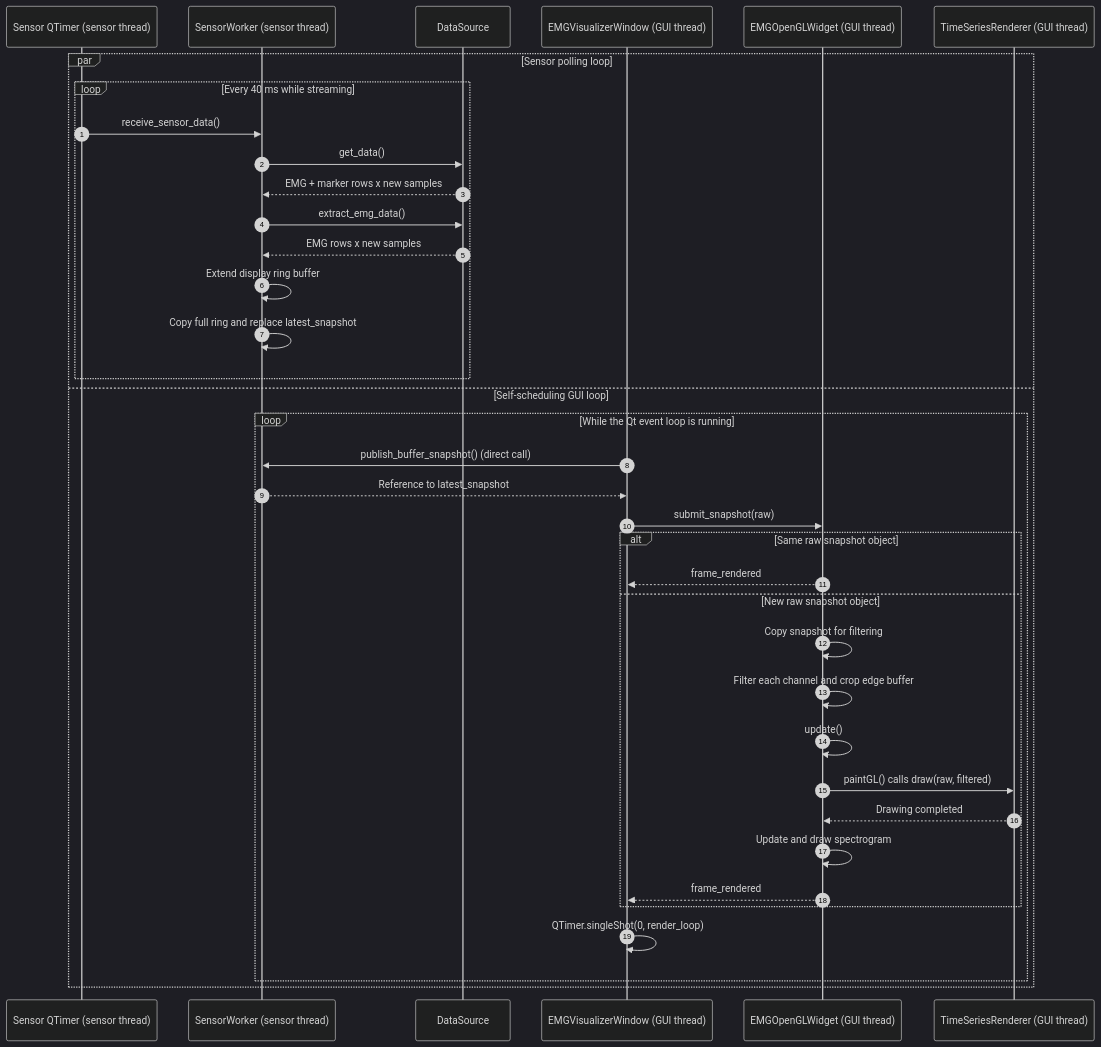
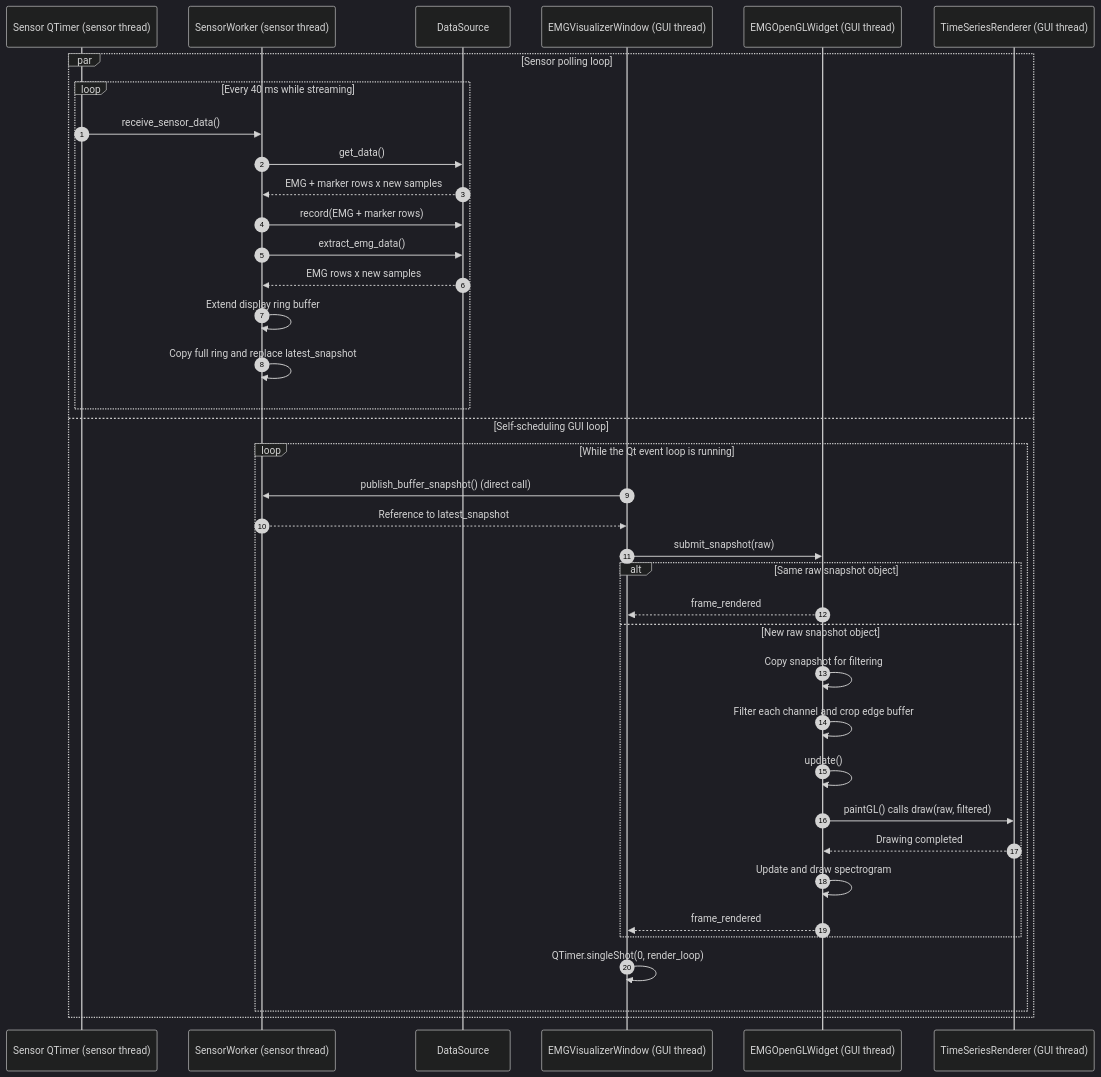
Before and after one commit to pareeknikhil/emg-gui: the third of 4 diagrams in docs/architecture.md, drawn with Mermaid (dark theme). The commit also changed other lines of this file and 3 other files, not shown here.

Commit message:
docs: update architecture notes and lint cleanup

````diff
--- a/docs/architecture.md
+++ b/docs/architecture.md
@@ -248,40 +255,41 @@
 ```mermaid
 sequenceDiagram
     autonumber
     participant Timer as Sensor QTimer (sensor thread)
     participant Worker as SensorWorker (sensor thread)
     participant Source as DataSource
     participant Window as EMGVisualizerWindow (GUI thread)
     participant GL as EMGOpenGLWidget (GUI thread)
     participant Renderer as TimeSeriesRenderer (GUI thread)
 
     par Sensor polling loop
         loop Every 40 ms while streaming
             Timer->>Worker: receive_sensor_data()
             Worker->>Source: get_data()
             Source-->>Worker: EMG + marker rows x new samples
+            Worker->>Source: record(EMG + marker rows)
             Worker->>Source: extract_emg_data()
             Source-->>Worker: EMG rows x new samples
             Worker->>Worker: Extend display ring buffer
             Worker->>Worker: Copy full ring and replace latest_snapshot
         end
     and Self-scheduling GUI loop
         loop While the Qt event loop is running
             Window->>Worker: publish_buffer_snapshot() (direct call)
             Worker-->>Window: Reference to latest_snapshot
             Window->>GL: submit_snapshot(raw)
             alt Same raw snapshot object
                 GL-->>Window: frame_rendered
             else New raw snapshot object
                 GL->>GL: Copy snapshot for filtering
                 GL->>GL: Filter each channel and crop edge buffer
                 GL->>GL: update()
                 GL->>Renderer: paintGL() calls draw(raw, filtered)
                 Renderer-->>GL: Drawing completed
                 GL->>GL: Update and draw spectrogram
                 GL-->>Window: frame_rendered
             end
             Window->>Window: QTimer.singleShot(0, render_loop)
         end
     end
 ```
````
